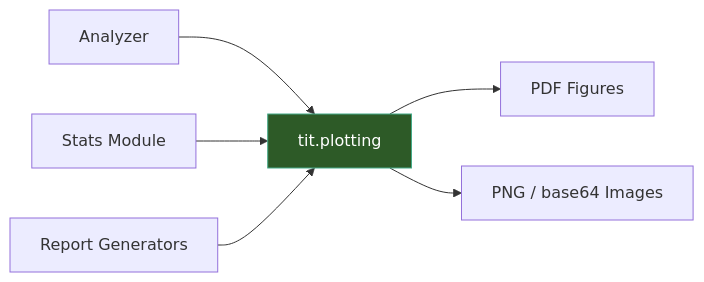
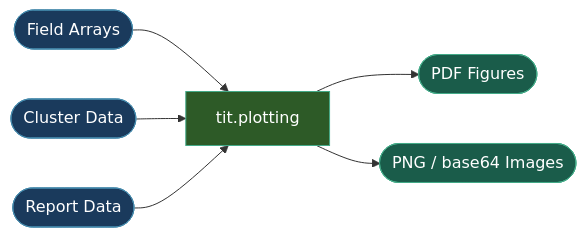
The diagram in docs/api_mkdocs/docs/pipeline/plotting.md (idossha/TI-Toolbox), drawn with Mermaid before and after one commit. The commit also changed 9 other files, not shown here.

First line of the commit message:
docs: standardize mermaid diagram color scheme, shapes, and I/O logic (#86)

````diff
--- a/docs/api_mkdocs/docs/pipeline/plotting.md
+++ b/docs/api_mkdocs/docs/pipeline/plotting.md
@@ -5,9 +5,14 @@
 ```mermaid
 graph LR
-    ANALYZER[Analyzer] --> PLOTS[tit.plotting]
-    STATS[Stats Module] --> PLOTS
-    REPORTING[Report Generators] --> PLOTS
-    PLOTS --> PDF[PDF Figures]
-    PLOTS --> PNG[PNG / base64 Images]
+    ANALYZER([Field Arrays]) --> PLOTS[tit.plotting]
+    STATS([Cluster Data]) --> PLOTS
+    REPORTING([Report Data]) --> PLOTS
+    PLOTS --> PDF([PDF Figures])
+    PLOTS --> PNG([PNG / base64 Images])
+    style ANALYZER fill:#1a3a5c,stroke:#48a,color:#fff
+    style STATS fill:#1a3a5c,stroke:#48a,color:#fff
+    style REPORTING fill:#1a3a5c,stroke:#48a,color:#fff
     style PLOTS fill:#2d5a27,stroke:#4a8,color:#fff
+    style PDF fill:#1a5c4a,stroke:#4a8,color:#fff
+    style PNG fill:#1a5c4a,stroke:#4a8,color:#fff
 ```
````
